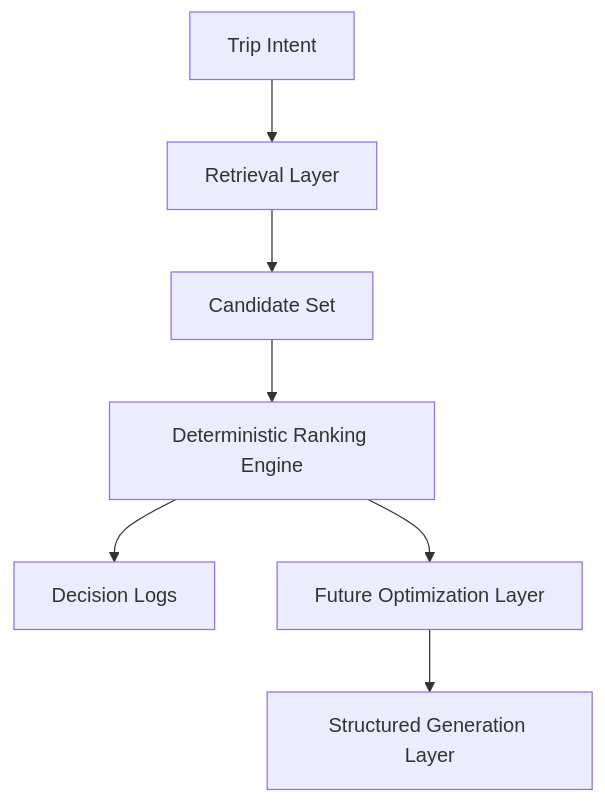
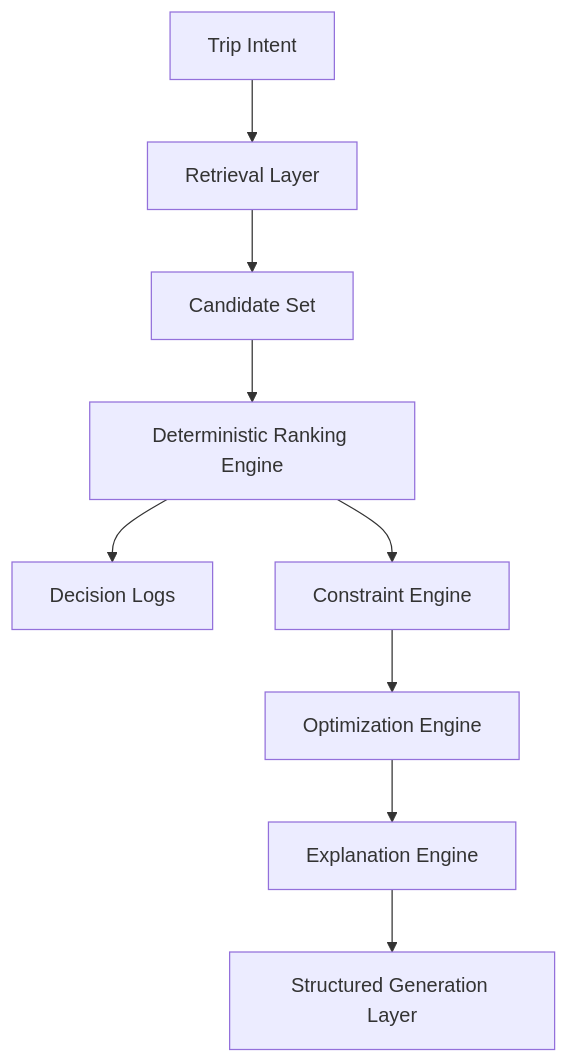
The diagram in docs/INTELLIGENCE_FLOW_ENGINE.md (PRRanavvv/WayFinder-Labs), drawn with Mermaid before and after one commit. The commit also changed other lines of this file and 20 other files, not shown here.

Commit message:
feat: add decision quality optimization layer

````diff
--- a/docs/INTELLIGENCE_FLOW_ENGINE.md
+++ b/docs/INTELLIGENCE_FLOW_ENGINE.md
@@ -18,9 +18,11 @@
 ```mermaid
 flowchart TD
   Intent["Trip Intent"] --> Retrieval["Retrieval Layer"]
   Retrieval --> Candidates["Candidate Set"]
   Candidates --> Ranking["Deterministic Ranking Engine"]
   Ranking --> Logs["Decision Logs"]
-  Ranking --> Next["Future Optimization Layer"]
-  Next --> Generation["Structured Generation Layer"]
+  Ranking --> Constraints["Constraint Engine"]
+  Constraints --> Optimization["Optimization Engine"]
+  Optimization --> Explain["Explanation Engine"]
+  Explain --> Generation["Structured Generation Layer"]
 ```
````
